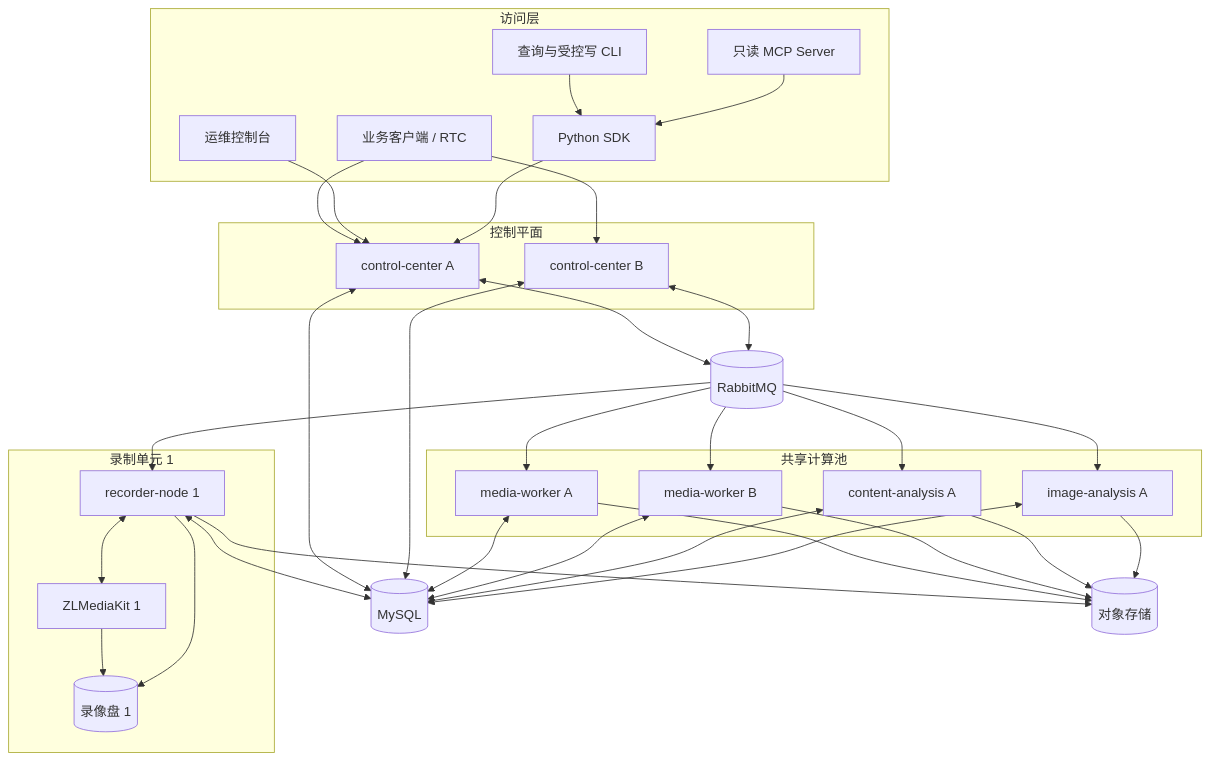
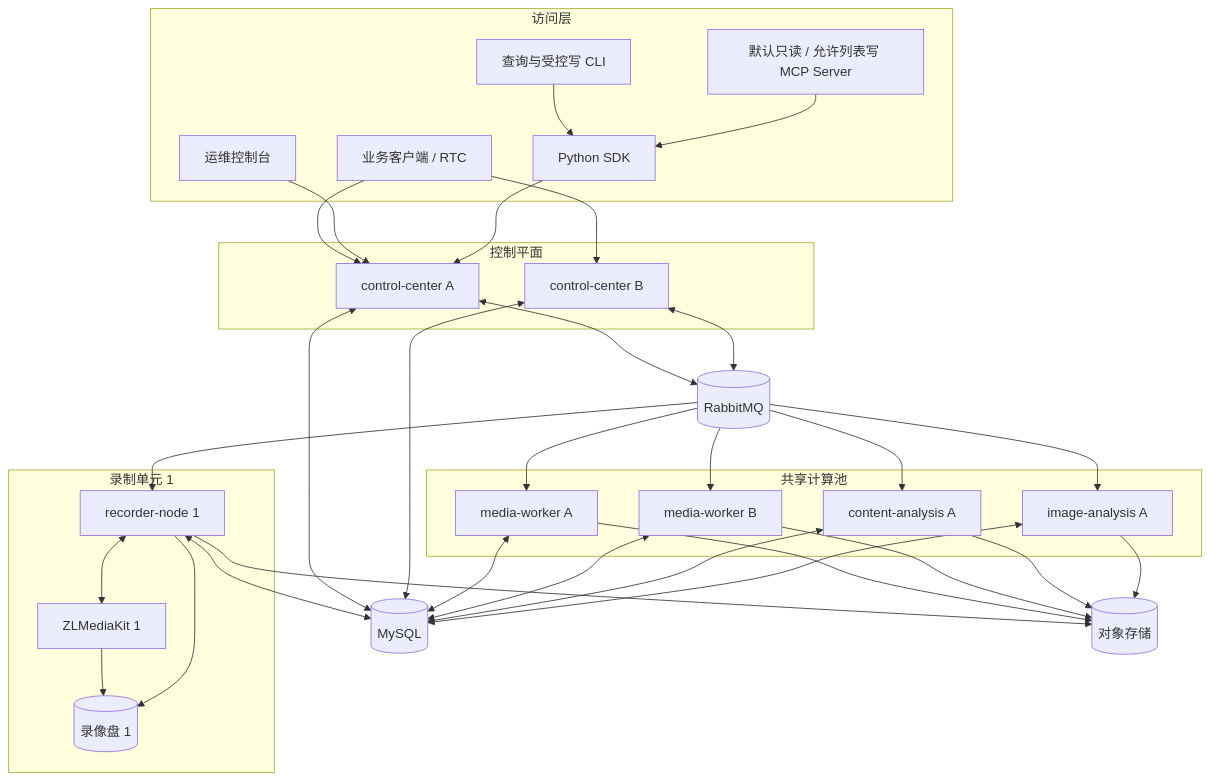
Before and after one commit to huxiaodong1989/MediaFleet: the first of 2 diagrams in docs/architecture/overview.md, drawn with Mermaid. The commit also changed 15 other files, not shown here.

````diff
--- a/docs/architecture/overview.md
+++ b/docs/architecture/overview.md
@@ -92,61 +92,61 @@
 ```mermaid
 flowchart TB
     subgraph Access[访问层]
         Client[业务客户端 / RTC]
         Ops[运维控制台]
         SDK[Python SDK]
         CLI[查询与受控写 CLI]
-        MCP[只读 MCP Server]
+        MCP[默认只读 / 允许列表写 MCP Server]
     end
 
     subgraph ControlPlane[控制平面]
         C1[control-center A]
         C2[control-center B]
     end
 
     DB[(MySQL)]
     MQ[(RabbitMQ)]
     Store[(对象存储)]
 
     subgraph RecordingUnit1[录制单元 1]
         R1[recorder-node 1]
         Z1[ZLMediaKit 1]
         D1[(录像盘 1)]
     end
 
     subgraph Compute[共享计算池]
         W1[media-worker A]
         W2[media-worker B]
         A1[content-analysis A]
         I1[image-analysis A]
     end
 
     Client --> C1
     Client --> C2
     Ops --> C1
     SDK --> C1
     CLI --> SDK
     MCP --> SDK
     C1 <--> DB
     C2 <--> DB
     C1 <--> MQ
     C2 <--> MQ
     MQ --> R1
     MQ --> W1
     MQ --> W2
     MQ --> A1
     MQ --> I1
     R1 <--> Z1
     Z1 --> D1
     R1 --> D1
     R1 --> Store
     W1 --> Store
     W2 --> Store
     A1 --> Store
     I1 --> Store
     R1 <--> DB
     W1 <--> DB
     W2 <--> DB
     A1 <--> DB
     I1 <--> DB
 ```
````
